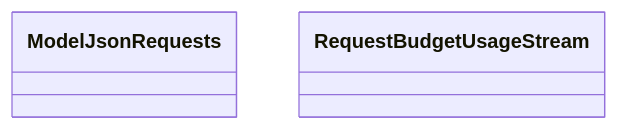
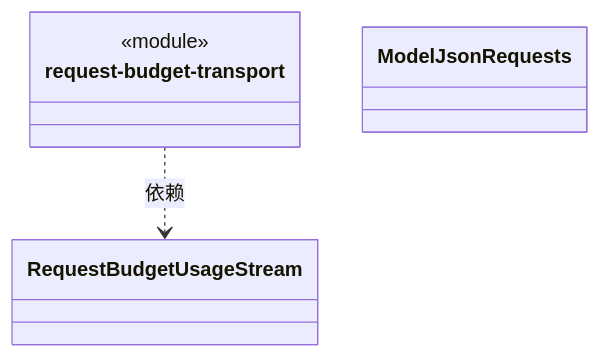
One commit to nan023062/cbim changed the diagram in src/logic/execution/engines/transport/ARCHITECTURE.md. Above: the diagram before and after it, drawn with Mermaid. The commit also changed other lines of this file and 136 other files, not shown here.

````diff
--- a/src/logic/execution/engines/transport/ARCHITECTURE.md
+++ b/src/logic/execution/engines/transport/ARCHITECTURE.md
@@ -20,7 +23,12 @@
 ```mermaid
 classDiagram
+class N_51a8c21a0112["request-budget-transport"] {
+  <<module>>
+}
+click N_51a8c21a0112 href "request-budget-transport.ts"
+class N_30d479b5fbc2["RequestBudgetUsageStream"]
+click N_30d479b5fbc2 href "request-budget-usage.ts"
 class N_19251e13ffda["ModelJsonRequests"]
 click N_19251e13ffda href "model-json-requests.ts"
-class N_30d479b5fbc2["RequestBudgetUsageStream"]
-click N_30d479b5fbc2 href "request-budget-usage.ts"
+N_51a8c21a0112 ..> N_30d479b5fbc2 : 依赖
 ```
````
